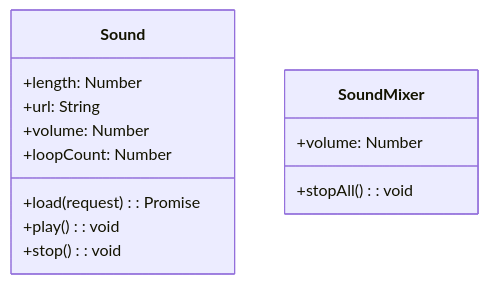
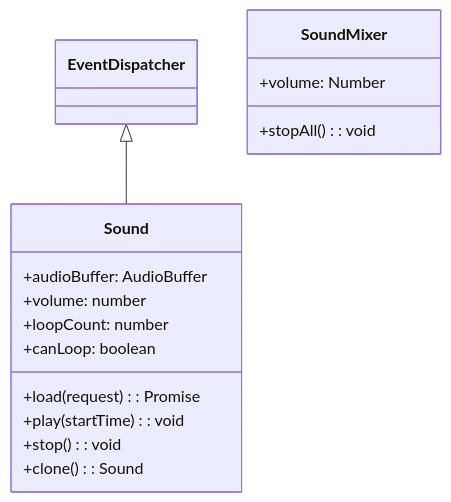
The diagram in specs/en/sound.md (Next2D/player), drawn with Mermaid before and after one commit. The commit also changed other lines of this file and 15 other files, not shown here.

````diff
--- a/specs/en/sound.md
+++ b/specs/en/sound.md
@@ -7,16 +7,18 @@
 ```mermaid
 classDiagram
+    EventDispatcher <|-- Sound
     class Sound {
-        +length: Number
-        +url: String
-        +volume: Number
-        +loopCount: Number
+        +audioBuffer: AudioBuffer
+        +volume: number
+        +loopCount: number
+        +canLoop: boolean
         +load(request): Promise
-        +play(): void
+        +play(startTime): void
         +stop(): void
+        +clone(): Sound
     }
     class SoundMixer {
         +volume: Number
         +stopAll(): void
     }
 ```
````
